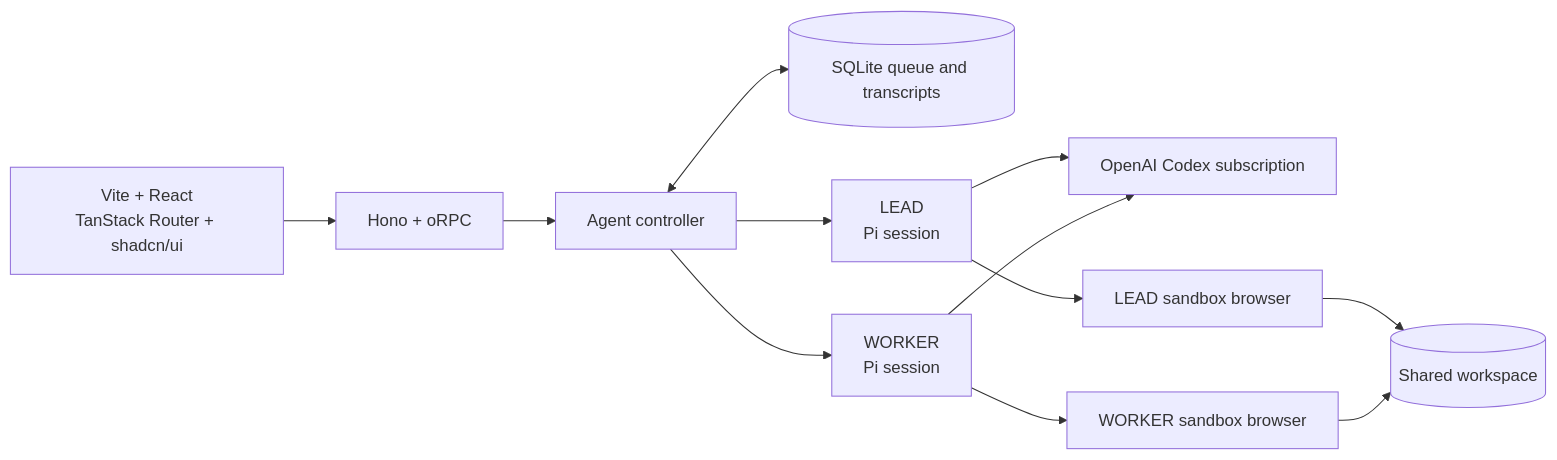
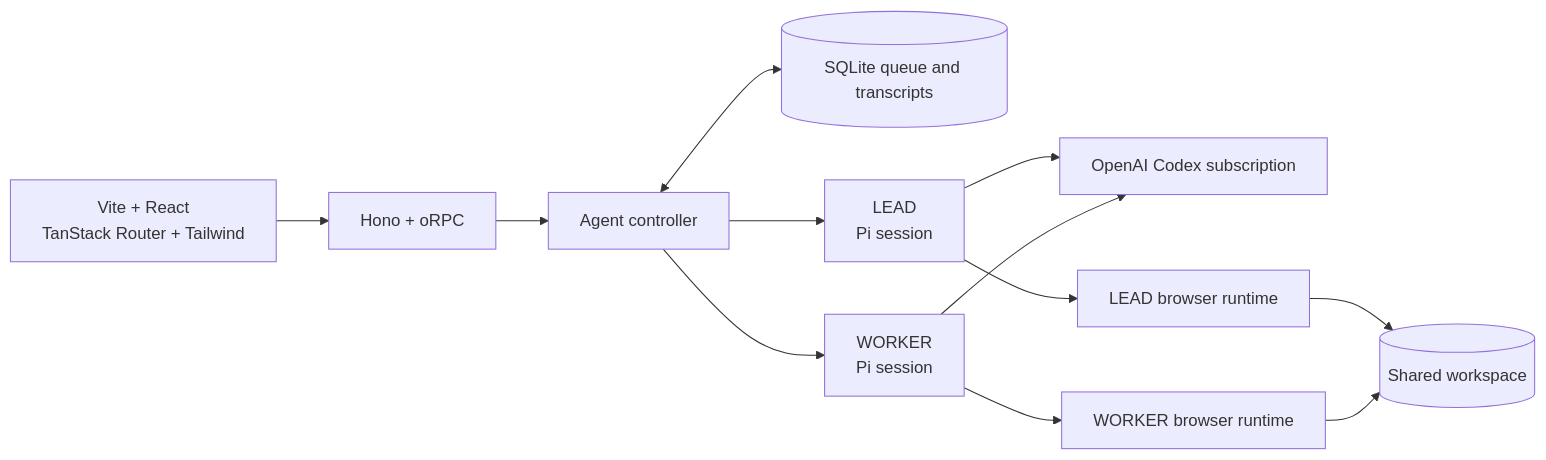
The diagram in README.md (simonbalfe/slopbot), drawn with Mermaid before and after one commit. The commit also changed other lines of this file and 35 other files, not shown here.

````diff
--- a/README.md
+++ b/README.md
@@ -7,12 +7,12 @@
 ```mermaid
 flowchart LR
-  UI["Vite + React<br/>TanStack Router + shadcn/ui"] --> API["Hono + oRPC"]
+  UI["Vite + React<br/>TanStack Router + Tailwind"] --> API["Hono + oRPC"]
   API --> Core["Agent controller"]
   Core <--> Store[("SQLite queue and transcripts")]
   Core --> Lead["LEAD<br/>Pi session"]
   Core --> Worker["WORKER<br/>Pi session"]
   Lead & Worker --> Codex["OpenAI Codex subscription"]
-  Lead --> LeadBrowser["LEAD sandbox browser"]
-  Worker --> WorkerBrowser["WORKER sandbox browser"]
+  Lead --> LeadBrowser["LEAD browser runtime"]
+  Worker --> WorkerBrowser["WORKER browser runtime"]
   LeadBrowser & WorkerBrowser --> Workspace[("Shared workspace")]
 ```
````
